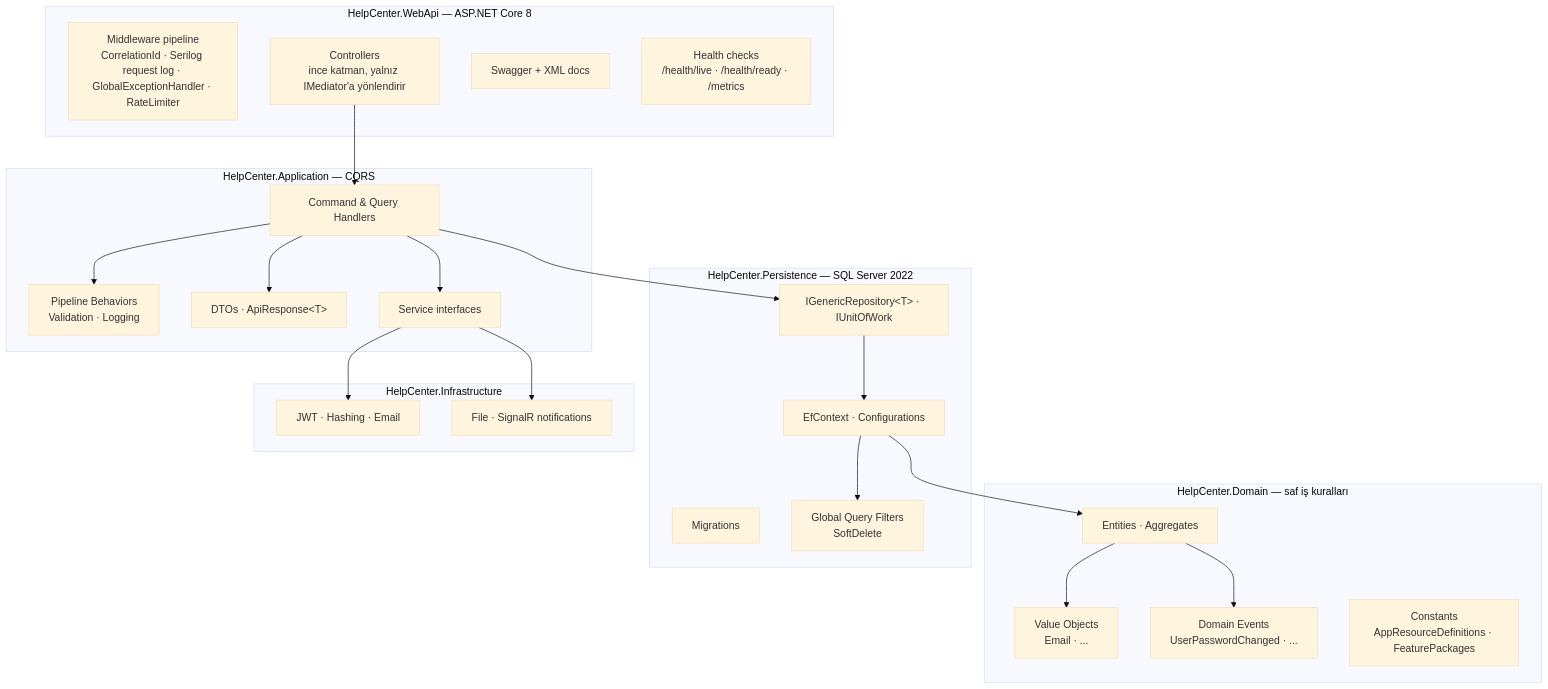
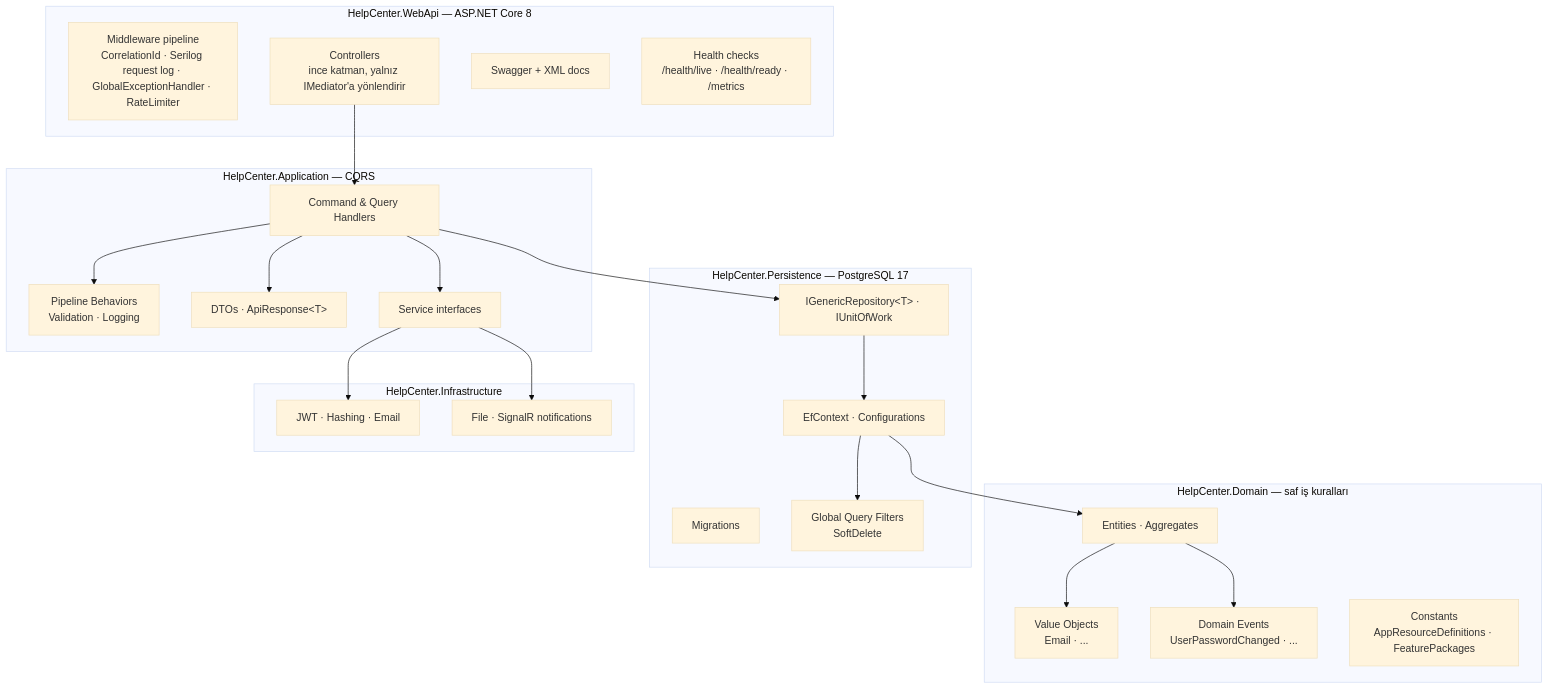
The diagram in docs/architecture.tr.md (YusufYiildiiriim/HelpCenter-Public), drawn with Mermaid (base theme) before and after one commit. The commit also changed other lines of this file and 21 other files, not shown here.

Commit message:
docs(db): document PostgreSQL runtime decision

````diff
--- a/docs/architecture.tr.md
+++ b/docs/architecture.tr.md
@@ -16,41 +16,41 @@
 ```mermaid
 graph TB
     subgraph WebApi["HelpCenter.WebApi — ASP.NET Core 8"]
         MW[Middleware pipeline<br/>CorrelationId · Serilog request log · GlobalExceptionHandler · RateLimiter]
         CTRL[Controllers<br/>ince katman, yalnız IMediator'a yönlendirir]
         SWAG[Swagger + XML docs]
         HC[Health checks<br/>/health/live · /health/ready · /metrics]
     end
     subgraph Application["HelpCenter.Application — CQRS"]
         HND[Command &amp; Query Handlers]
         BEH[Pipeline Behaviors<br/>Validation · Logging]
         DTO[DTOs · ApiResponse&lt;T&gt;]
         IFC[Service interfaces]
     end
     subgraph Domain["HelpCenter.Domain — saf iş kuralları"]
         ENT[Entities · Aggregates]
         VO[Value Objects<br/>Email · ...]
         EVT[Domain Events<br/>UserPasswordChanged · ...]
         CST[Constants<br/>AppResourceDefinitions · FeaturePackages]
     end
-    subgraph Persistence["HelpCenter.Persistence — SQL Server 2022"]
+    subgraph Persistence["HelpCenter.Persistence — PostgreSQL 17"]
         EF[EfContext · Configurations]
         REPO[IGenericRepository&lt;T&gt; · IUnitOfWork]
         MIG[Migrations]
         QF[Global Query Filters<br/>SoftDelete]
     end
     subgraph Infra["HelpCenter.Infrastructure"]
         JWT[JWT · Hashing · Email]
         FILE[File · SignalR notifications]
     end
     CTRL --> HND
     HND --> BEH
     HND --> REPO
     HND --> IFC
     IFC --> JWT & FILE
     REPO --> EF
     EF --> ENT
     HND --> DTO
     ENT --> VO & EVT
     EF --> QF
 ```
````
